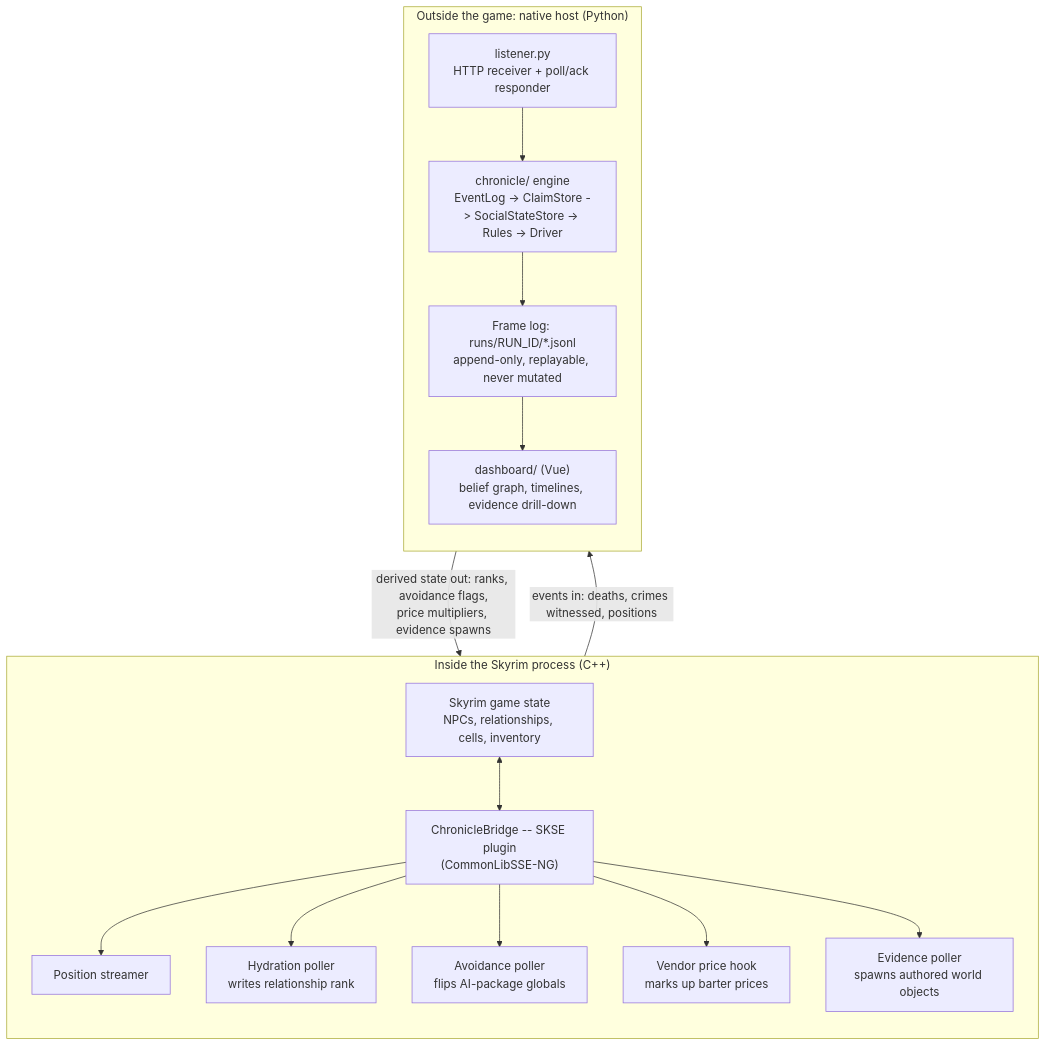
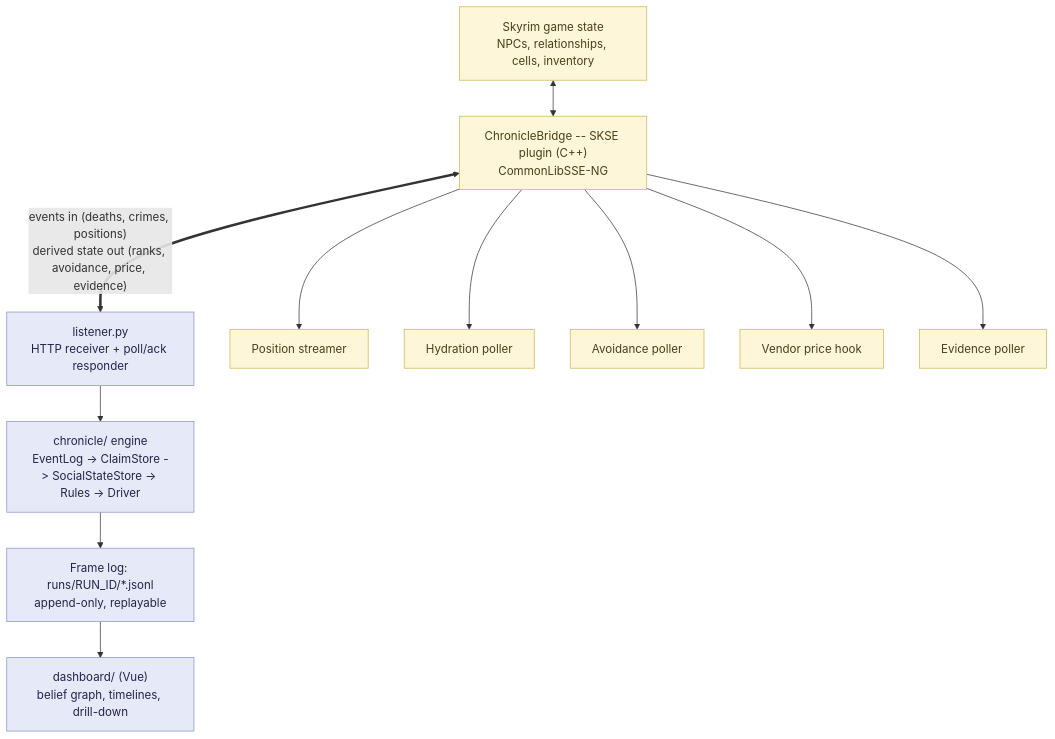
Before and after one commit to ByteBard97/Chronicle: the first of 4 diagrams in README.md, drawn with Mermaid.

Commit message:
README: tighten architecture diagram layout, cut dead space
Replace the two boxed subgraphs (which dagre was placing diagonally
apart, leaving large empty corners) with a single flat flow, using
color classes instead of subgraph containers to distinguish in-game
(C++) from external (Python) nodes -- same information, much smaller
bounding box.

````diff
--- a/README.md
+++ b/README.md
@@ -33,26 +33,16 @@
 ```mermaid
 flowchart TB
-    subgraph SKYRIM["Inside the Skyrim process (C++)"]
-        direction TB
-        GAME["Skyrim game state<br/>NPCs, relationships, cells, inventory"]
-        BRIDGE["ChronicleBridge -- SKSE plugin<br/>(CommonLibSSE-NG)"]
-        GAME <--> BRIDGE
-        BRIDGE --> POS["Position streamer"]
-        BRIDGE --> HYD["Hydration poller<br/>writes relationship rank"]
-        BRIDGE --> AVOID["Avoidance poller<br/>flips AI-package globals"]
-        BRIDGE --> VEND["Vendor price hook<br/>marks up barter prices"]
-        BRIDGE --> EVID["Evidence poller<br/>spawns authored world objects"]
-    end
+    GAME["Skyrim game state<br/>NPCs, relationships, cells, inventory"] <--> BRIDGE["ChronicleBridge -- SKSE plugin (C++)<br/>CommonLibSSE-NG"]
+    BRIDGE <=="events in (deaths, crimes, positions)<br/>derived state out (ranks, avoidance, price, evidence)"==> LISTENER["listener.py<br/>HTTP receiver + poll/ack responder"]
+    LISTENER --> CORE["chronicle/ engine<br/>EventLog -&gt; ClaimStore -&gt; SocialStateStore -&gt; Rules -&gt; Driver"] --> LOG["Frame log: runs/RUN_ID/*.jsonl<br/>append-only, replayable"] --> DASH["dashboard/ (Vue)<br/>belief graph, timelines, drill-down"]
+    BRIDGE --> POS["Position streamer"]
+    BRIDGE --> HYD["Hydration poller"]
+    BRIDGE --> AVOID["Avoidance poller"]
+    BRIDGE --> VEND["Vendor price hook"]
+    BRIDGE --> EVID["Evidence poller"]
 
-    subgraph HOST["Outside the game: native host (Python)"]
-        direction TB
-        LISTENER["listener.py<br/>HTTP receiver + poll/ack responder"]
-        CORE["chronicle/ engine<br/>EventLog -&gt; ClaimStore -&gt; SocialStateStore -&gt; Rules -&gt; Driver"]
-        LOG["Frame log: runs/RUN_ID/*.jsonl<br/>append-only, replayable, never mutated"]
-        DASH["dashboard/ (Vue)<br/>belief graph, timelines, evidence drill-down"]
-        LISTENER --> CORE --> LOG --> DASH
-    end
-
-    BRIDGE -- "events in: deaths, crimes witnessed, positions" --> LISTENER
-    LISTENER -- "derived state out: ranks, avoidance flags,<br/>price multipliers, evidence spawns" --> BRIDGE
+    classDef ingame fill:#fdf6d8,stroke:#c9b458,color:#4a3f1a;
+    classDef host fill:#e6e9f7,stroke:#8892c9,color:#22254a;
+    class GAME,BRIDGE,POS,HYD,AVOID,VEND,EVID ingame
+    class LISTENER,CORE,LOG,DASH host
 ```
````
